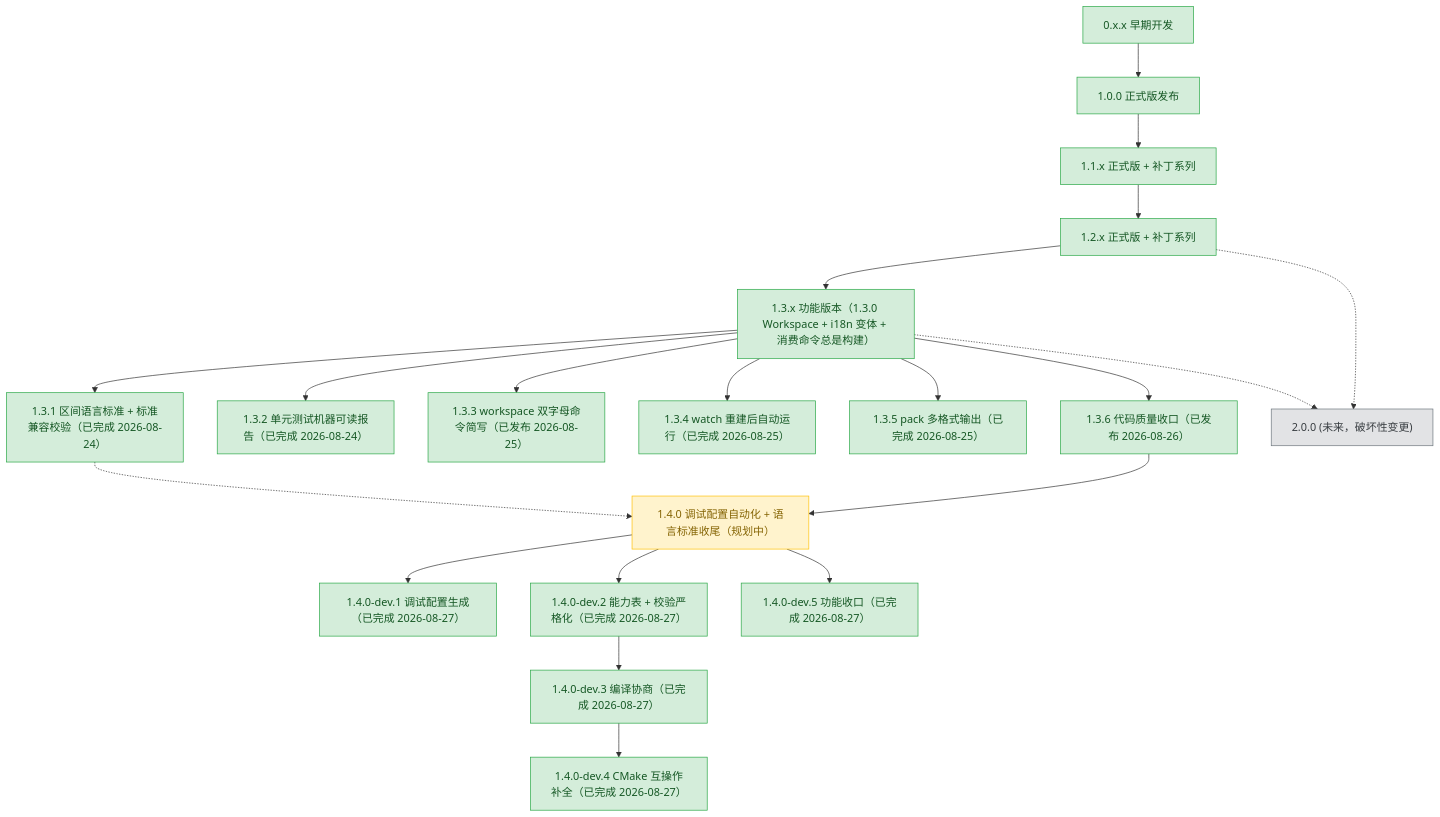
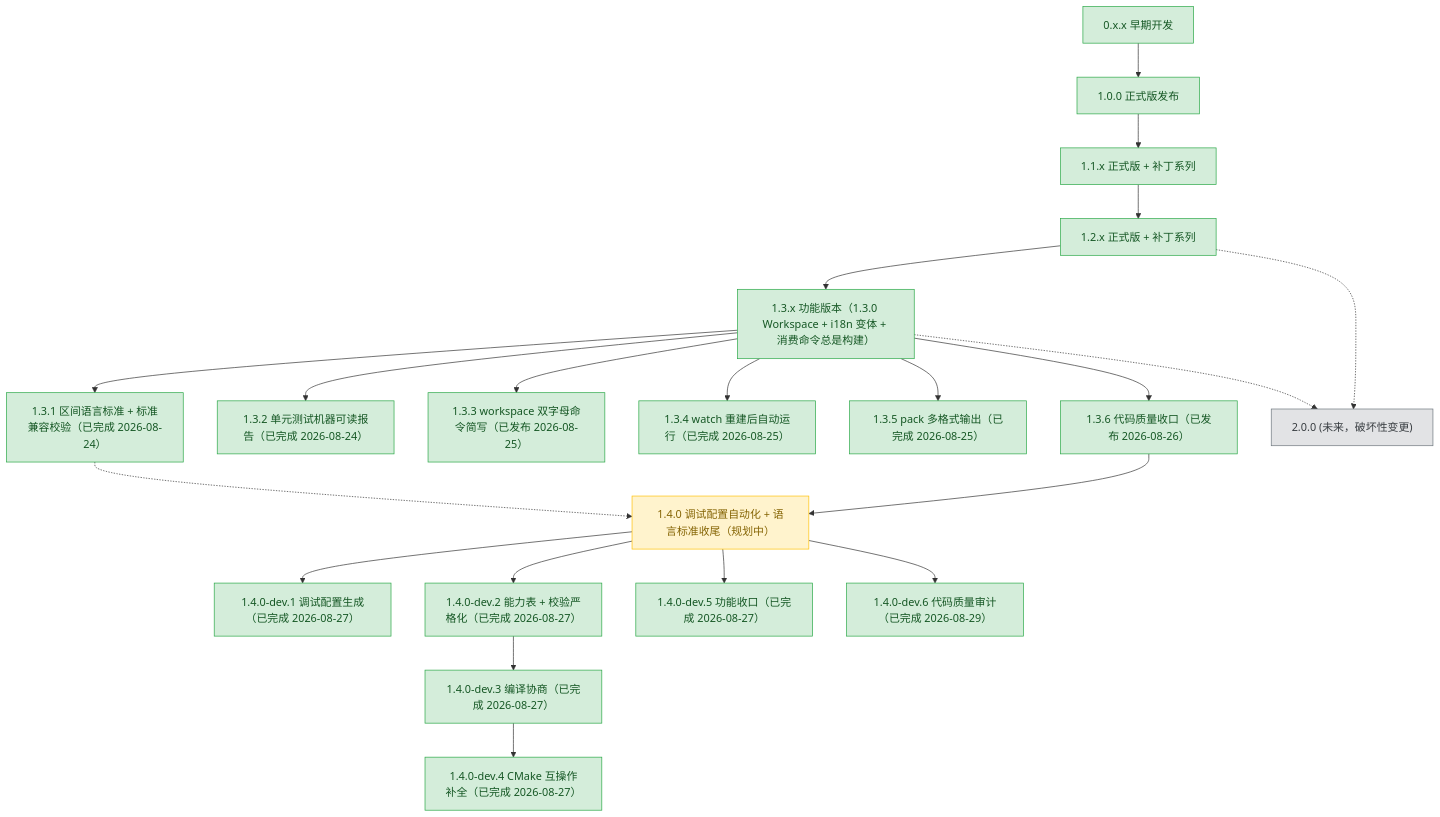
One commit to 3667808244/EazyMake changed the diagram in plans/README.md. Above: the diagram before and after it, drawn with Mermaid. The commit also changed other lines of this file and 4 other files, not shown here.

Commit message:
docs(1.4.0): 新增 dev.6 代码质量审计文档 — design doc（plans/1.4.x/1.4.0-dev.6.md：8 P0 + 9 P1 源码修复 + 4 恒真测试 + P2 延后清单）+ plan.md dev.6 执行计划（全勾选）+ CHANGES.md dev.6 条目（新增/行为变更/测试/已知限制）+ plans README 双文件状态与依赖图更新

````diff
--- a/plans/README.md
+++ b/plans/README.md
@@ -67,63 +71,66 @@
 ```mermaid
 graph TD
     v0xx["0.x.x 早期开发"]
     v100["1.0.0 正式版发布"]
     v11x["1.1.x 正式版 + 补丁系列"]
     v12x["1.2.x 正式版 + 补丁系列"]
     v13x["1.3.x 功能版本（1.3.0 Workspace + i18n 变体 + 消费命令总是构建）"]
     v131["1.3.1 区间语言标准 + 标准兼容校验（已完成 2026-08-24）"]
     v132["1.3.2 单元测试机器可读报告（已完成 2026-08-24）"]
     v133["1.3.3 workspace 双字母命令简写（已发布 2026-08-25）"]
     v134["1.3.4 watch 重建后自动运行（已完成 2026-08-25）"]
     v135["1.3.5 pack 多格式输出（已完成 2026-08-25）"]
     v136["1.3.6 代码质量收口（已发布 2026-08-26）"]
     v140["1.4.0 调试配置自动化 + 语言标准收尾（规划中）"]
     v141["1.4.0-dev.1 调试配置生成（已完成 2026-08-27）"]
     v142["1.4.0-dev.2 能力表 + 校验严格化（已完成 2026-08-27）"]
     v143["1.4.0-dev.3 编译协商（已完成 2026-08-27）"]
     v144["1.4.0-dev.4 CMake 互操作补全（已完成 2026-08-27）"]
     v145["1.4.0-dev.5 功能收口（已完成 2026-08-27）"]
+    v146["1.4.0-dev.6 代码质量审计（已完成 2026-08-29）"]
     v200["2.0.0 (未来，破坏性变更)"]
 
     v0xx --> v100
     v100 --> v11x
     v11x --> v12x
     v12x --> v13x
     v13x --> v131
     v13x --> v132
     v13x --> v133
     v13x --> v134
     v13x --> v135
     v13x --> v136
     v136 --> v140
     v140 --> v141
     v140 --> v142
     v142 --> v143
     v143 --> v144
     v140 --> v145
+    v140 --> v146
     v131 -.-> v140
     v12x -.-> v200
     v13x -.-> v200
 
     classDef done fill:#d4edda,stroke:#28a745,color:#155724;
     classDef active fill:#fff3cd,stroke:#ffc107,color:#856404;
     classDef todo fill:#e2e3e5,stroke:#6c757d,color:#383d41;
 
     class v0xx,v100 done;
     class v11x done;
     class v12x done;
     class v13x done;
     class v131 done;
     class v132 done;
     class v133 done;
     class v134 done;
     class v135 done;
     class v136 done;
     class v140 active;
     class v141 done;
     class v142 done;
     class v143 done;
     class v144 done;
     class v145 done;
+    class v146 done;
     class v200 todo;
 ```
````
